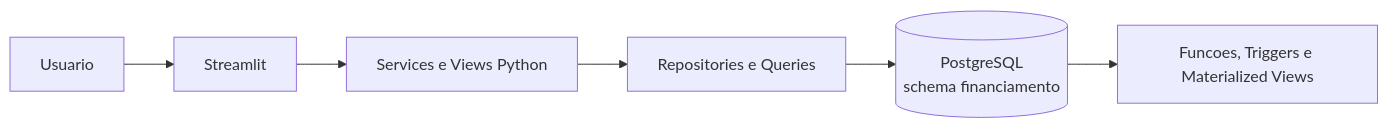
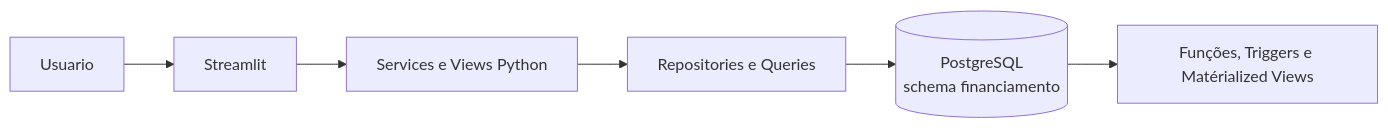
The diagram in docs/architecture/system-overview.md (luizneves9/nexus_financiamento), drawn with Mermaid before and after one commit. The commit also changed other lines of this file and 31 other files, not shown here.

````diff
--- a/docs/architecture/system-overview.md
+++ b/docs/architecture/system-overview.md
@@ -10,8 +10,8 @@
 ```mermaid
 graph LR
     U[Usuario] --> W[Streamlit]
     W --> S[Services e Views Python]
     S --> R[Repositories e Queries]
     R --> P[(PostgreSQL\n schema financiamento)]
-    P --> C[Funcoes, Triggers e Materialized Views]
+    P --> C[Funções, Triggers e Matérialized Views]
 ```
````
